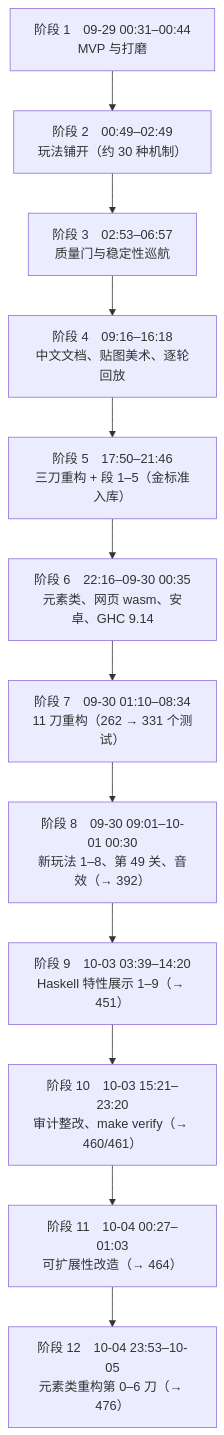
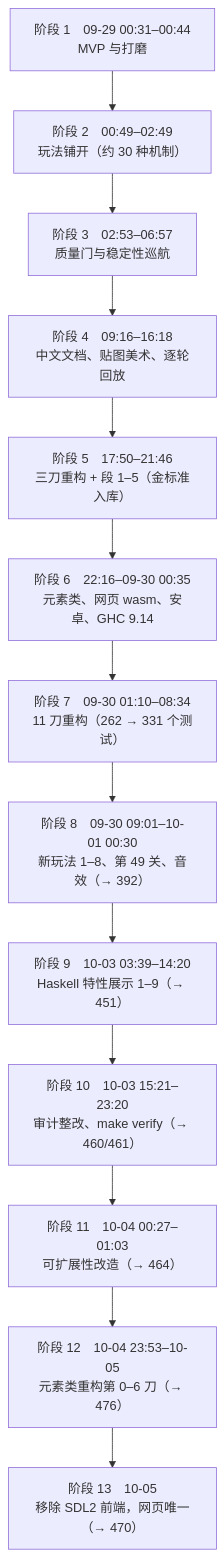
The diagram in docs/guide/08-演进史.md (exsabersac/match3), drawn with Mermaid before and after one commit. The commit also changed other lines of this file and 27 other files, not shown here.

````diff
--- a/docs/guide/08-演进史.md
+++ b/docs/guide/08-演进史.md
@@ -10,14 +10,15 @@
 ```mermaid
 flowchart TB
   A["阶段 1　09-29 00:31–00:44<br/>MVP 与打磨"] --> B["阶段 2　00:49–02:49<br/>玩法铺开（约 30 种机制）"]
   B --> C["阶段 3　02:53–06:57<br/>质量门与稳定性巡航"]
   C --> D["阶段 4　09:16–16:18<br/>中文文档、贴图美术、逐轮回放"]
   D --> E["阶段 5　17:50–21:46<br/>三刀重构 + 段 1–5（金标准入库）"]
   E --> F["阶段 6　22:16–09-30 00:35<br/>元素类、网页 wasm、安卓、GHC 9.14"]
   F --> G["阶段 7　09-30 01:10–08:34<br/>11 刀重构（262 → 331 个测试）"]
   G --> H["阶段 8　09-30 09:01–10-01 00:30<br/>新玩法 1–8、第 49 关、音效（→ 392）"]
   H --> I["阶段 9　10-03 03:39–14:20<br/>Haskell 特性展示 1–9（→ 451）"]
   I --> J["阶段 10　10-03 15:21–23:20<br/>审计整改、make verify（→ 460/461）"]
   J --> K["阶段 11　10-04 00:27–01:03<br/>可扩展性改造（→ 464）"]
   K --> L["阶段 12　10-04 23:53–10-05<br/>元素类重构第 0–6 刀（→ 476）"]
+  L --> M["阶段 13　10-05<br/>移除 SDL2 前端，网页唯一（→ 470）"]
 ```
````
